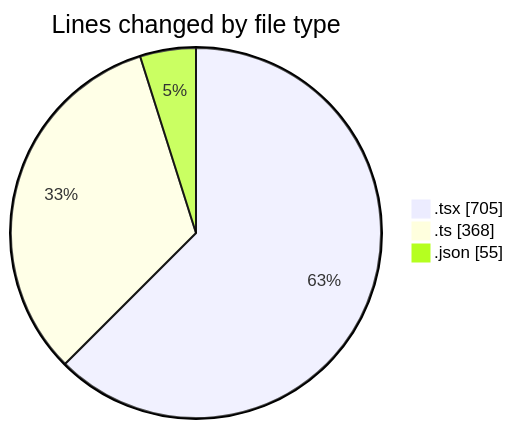
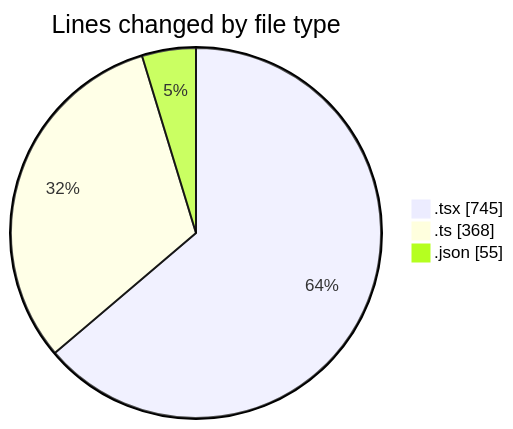
The first of 2 diagrams in 2025-10-21/eventscop-frontend-guide__workspace_/README.md (julien-gomy/code-tracking), drawn with Mermaid before and after one commit. The commit also changed other lines of this file and 1 other file, not shown here.

````diff
--- a/2025-10-21/eventscop-frontend-guide__workspace_/README.md
+++ b/2025-10-21/eventscop-frontend-guide__workspace_/README.md
@@ -35,7 +35,7 @@
 ```mermaid
 pie showData
 title Lines changed by file type
-".tsx" : 705
+".tsx" : 745
 ".ts" : 368
 ".json" : 55
 ```
````
